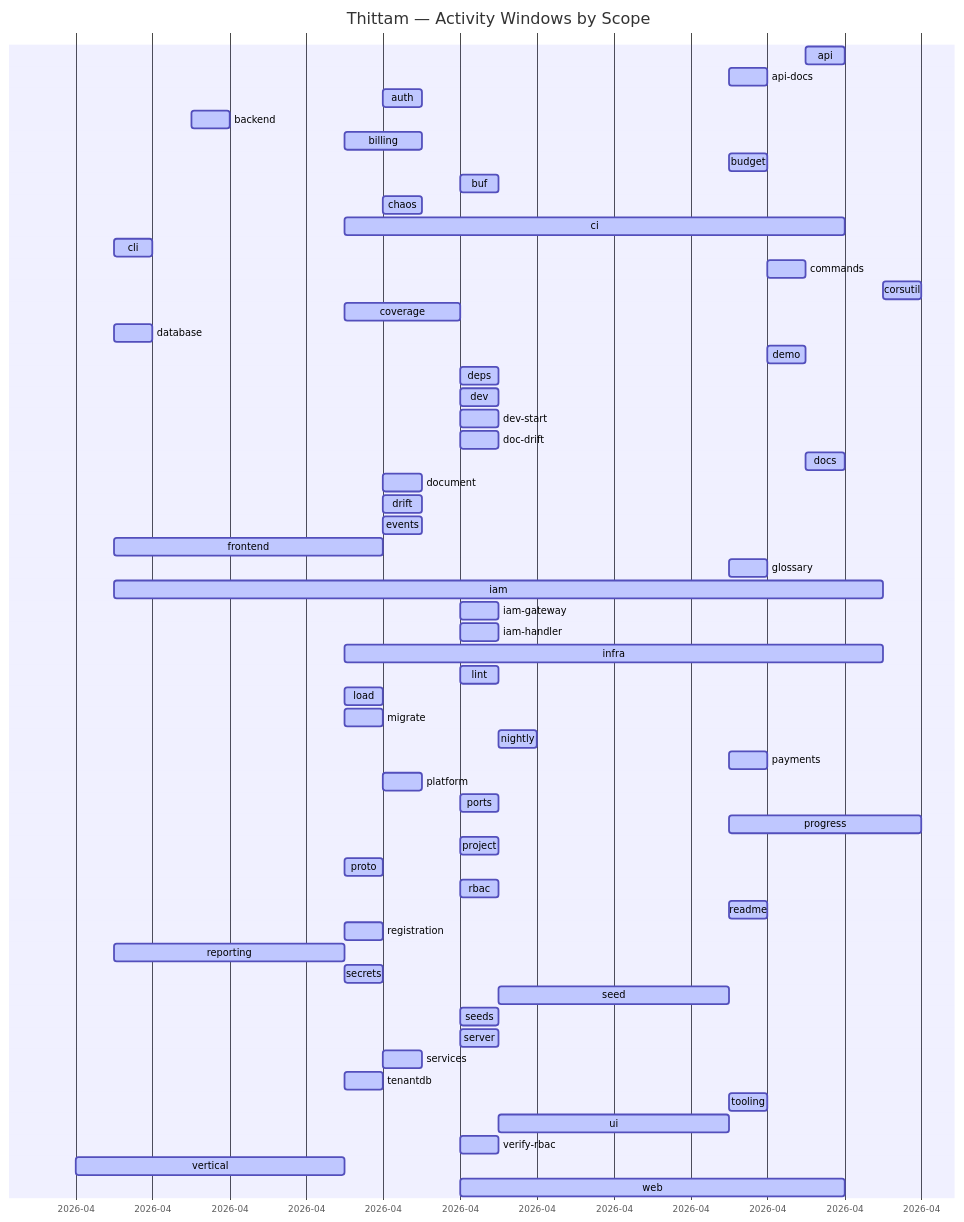
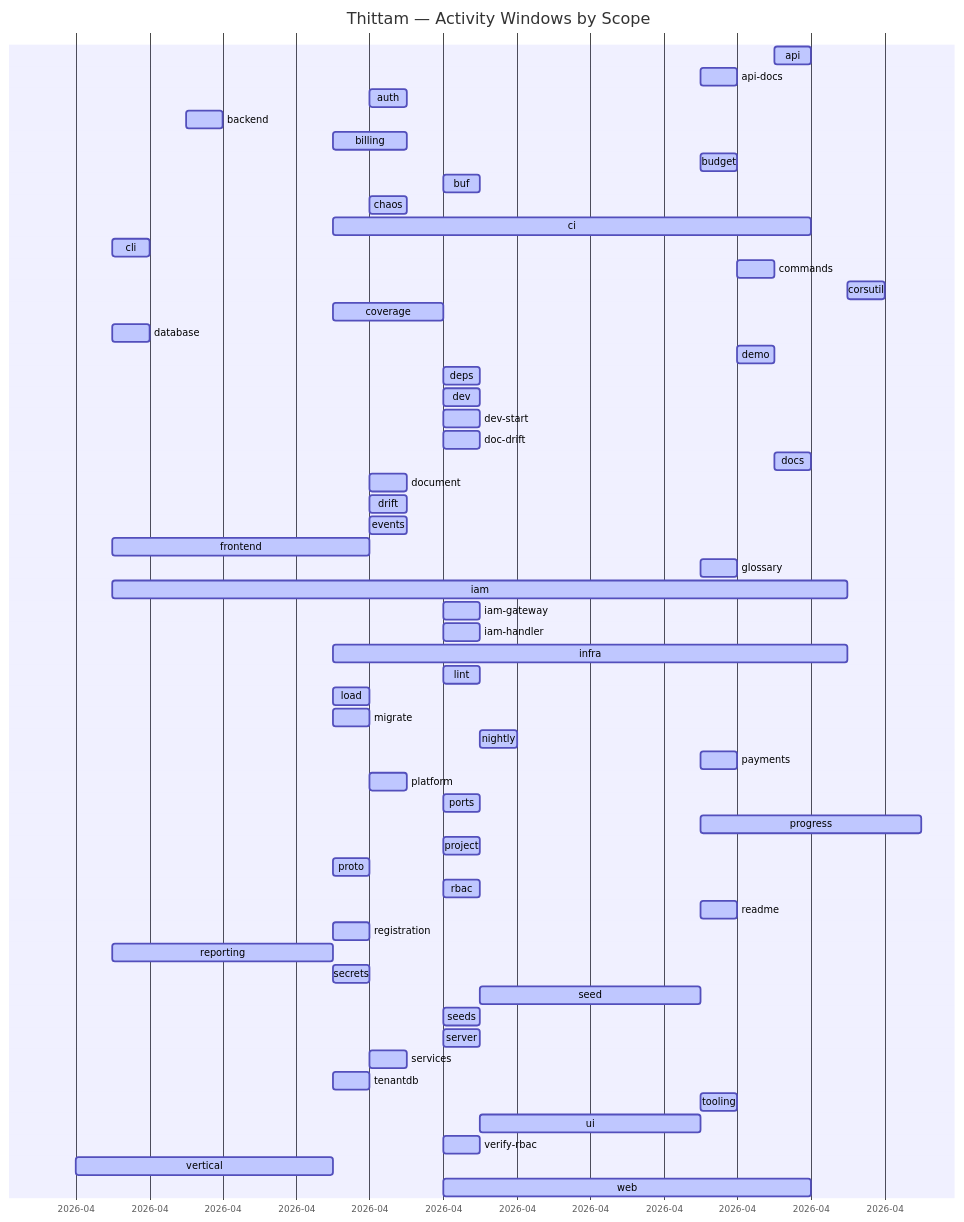
One commit to wegofwd2020-hub/thittam changed the diagram in docs/PROGRESS.md. Above: the diagram before and after it, drawn with Mermaid. The commit also changed other lines of this file and 1 other file, not shown here.

Commit message:
chore(progress): nightly update of docs/PROGRESS.md + CSVs

````diff
--- a/docs/PROGRESS.md
+++ b/docs/PROGRESS.md
@@ -9,60 +9,60 @@
 ```mermaid
 gantt
     title Thittam — Activity Windows by Scope
     dateFormat YYYY-MM-DD
     axisFormat %Y-%m
     api                :active, s_api, 2026-04-22, 2026-04-23
     api-docs           :active, s_api_docs, 2026-04-20, 2026-04-21
     auth               :active, s_auth, 2026-04-11, 2026-04-12
     backend            :active, s_backend, 2026-04-06, 2026-04-07
     billing            :active, s_billing, 2026-04-10, 2026-04-12
     budget             :active, s_budget, 2026-04-20, 2026-04-21
     buf                :active, s_buf, 2026-04-13, 2026-04-14
     chaos              :active, s_chaos, 2026-04-11, 2026-04-12
     ci                 :active, s_ci, 2026-04-10, 2026-04-23
     cli                :active, s_cli, 2026-04-04, 2026-04-05
     commands           :active, s_commands, 2026-04-21, 2026-04-22
     corsutil           :active, s_corsutil, 2026-04-24, 2026-04-25
     coverage           :active, s_coverage, 2026-04-10, 2026-04-13
     database           :active, s_database, 2026-04-04, 2026-04-05
     demo               :active, s_demo, 2026-04-21, 2026-04-22
     deps               :active, s_deps, 2026-04-13, 2026-04-14
     dev                :active, s_dev, 2026-04-13, 2026-04-14
     dev-start          :active, s_dev_start, 2026-04-13, 2026-04-14
     doc-drift          :active, s_doc_drift, 2026-04-13, 2026-04-14
     docs               :active, s_docs, 2026-04-22, 2026-04-23
     document           :active, s_document, 2026-04-11, 2026-04-12
     drift              :active, s_drift, 2026-04-11, 2026-04-12
     events             :active, s_events, 2026-04-11, 2026-04-12
     frontend           :active, s_frontend, 2026-04-04, 2026-04-11
     glossary           :active, s_glossary, 2026-04-20, 2026-04-21
     iam                :active, s_iam, 2026-04-04, 2026-04-24
     iam-gateway        :active, s_iam_gateway, 2026-04-13, 2026-04-14
     iam-handler        :active, s_iam_handler, 2026-04-13, 2026-04-14
     infra              :active, s_infra, 2026-04-10, 2026-04-24
     lint               :active, s_lint, 2026-04-13, 2026-04-14
     load               :active, s_load, 2026-04-10, 2026-04-11
     migrate            :active, s_migrate, 2026-04-10, 2026-04-11
     nightly            :active, s_nightly, 2026-04-14, 2026-04-15
     payments           :active, s_payments, 2026-04-20, 2026-04-21
     platform           :active, s_platform, 2026-04-11, 2026-04-12
     ports              :active, s_ports, 2026-04-13, 2026-04-14
-    progress           :active, s_progress, 2026-04-20, 2026-04-25
+    progress           :active, s_progress, 2026-04-20, 2026-04-26
     project            :active, s_project, 2026-04-13, 2026-04-14
     proto              :active, s_proto, 2026-04-10, 2026-04-11
     rbac               :active, s_rbac, 2026-04-13, 2026-04-14
     readme             :active, s_readme, 2026-04-20, 2026-04-21
     registration       :active, s_registration, 2026-04-10, 2026-04-11
     reporting          :active, s_reporting, 2026-04-04, 2026-04-10
     secrets            :active, s_secrets, 2026-04-10, 2026-04-11
     seed               :active, s_seed, 2026-04-14, 2026-04-20
     seeds              :active, s_seeds, 2026-04-13, 2026-04-14
     server             :active, s_server, 2026-04-13, 2026-04-14
     services           :active, s_services, 2026-04-11, 2026-04-12
     tenantdb           :active, s_tenantdb, 2026-04-10, 2026-04-11
     tooling            :active, s_tooling, 2026-04-20, 2026-04-21
     ui                 :active, s_ui, 2026-04-14, 2026-04-20
     verify-rbac        :active, s_verify_rbac, 2026-04-13, 2026-04-14
     vertical           :active, s_vertical, 2026-04-03, 2026-04-10
     web                :active, s_web, 2026-04-13, 2026-04-23
 ```
````
